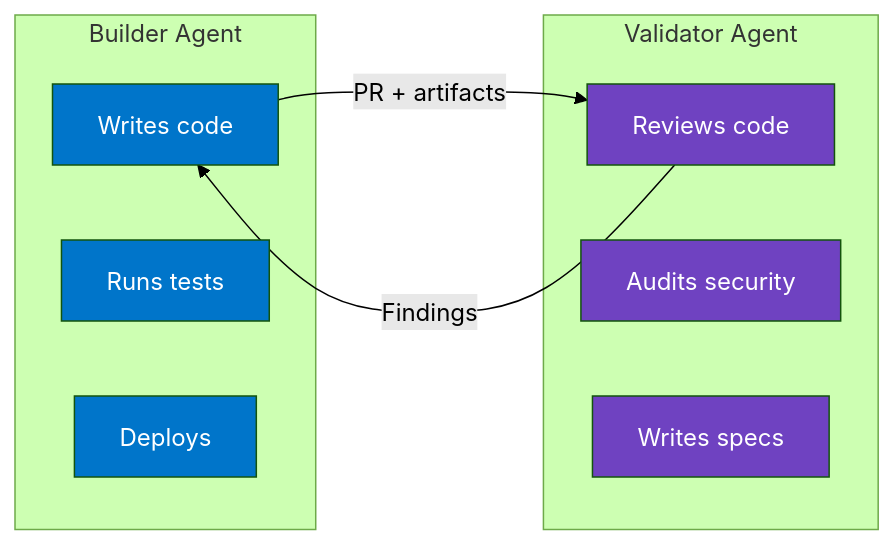
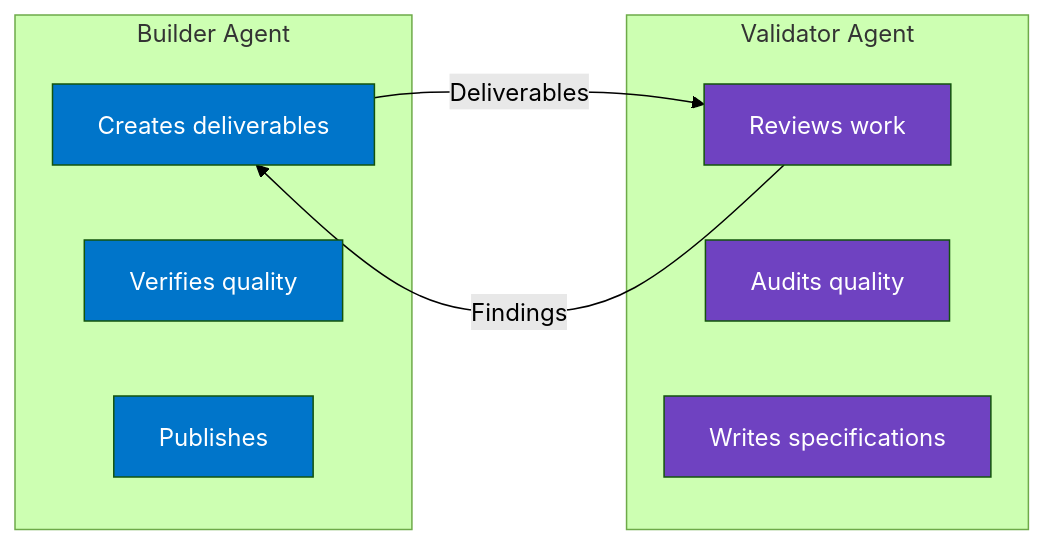
Before and after one commit to suniljames/directives: the second of 4 diagrams in docs/why.md, drawn with Mermaid (forest theme). The commit also changed other lines of this file and 10 other files, not shown here.

````diff
--- a/docs/why.md
+++ b/docs/why.md
@@ -34,22 +34,22 @@
 ```mermaid
 graph LR
     subgraph "Builder Agent"
-        B1["Writes code"]
-        B2["Runs tests"]
-        B3["Deploys"]
+        B1["Creates deliverables"]
+        B2["Verifies quality"]
+        B3["Publishes"]
     end
     subgraph "Validator Agent"
-        V1["Reviews code"]
-        V2["Audits security"]
-        V3["Writes specs"]
+        V1["Reviews work"]
+        V2["Audits quality"]
+        V3["Writes specifications"]
     end
-    B1 -->|"PR + artifacts"| V1
+    B1 -->|"Deliverables"| V1
     V1 -->|"Findings"| B1
 
     style B1 fill:#0075ca,color:#fff
     style B2 fill:#0075ca,color:#fff
     style B3 fill:#0075ca,color:#fff
     style V1 fill:#6f42c1,color:#fff
     style V2 fill:#6f42c1,color:#fff
     style V3 fill:#6f42c1,color:#fff
 ```
````
